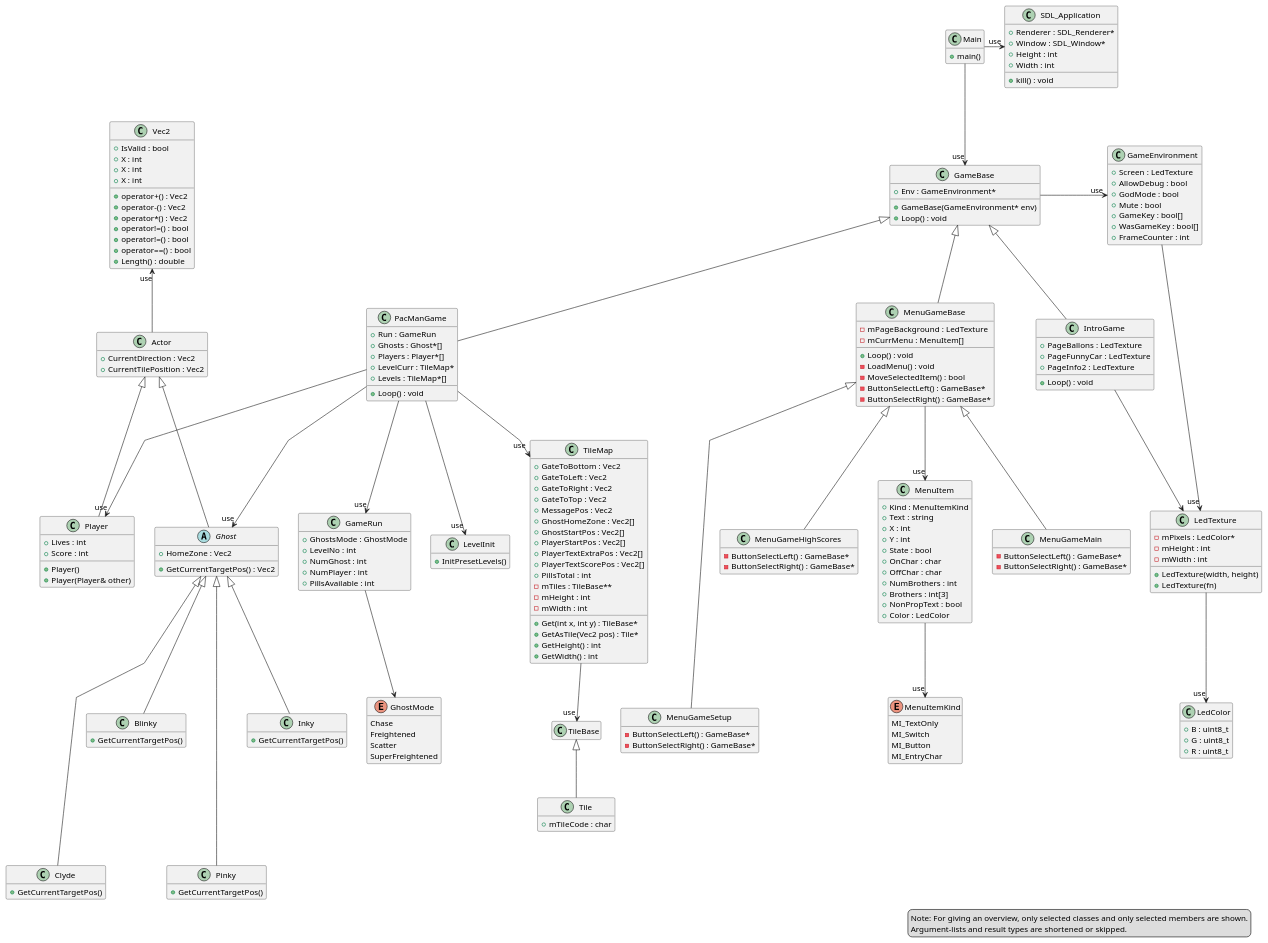
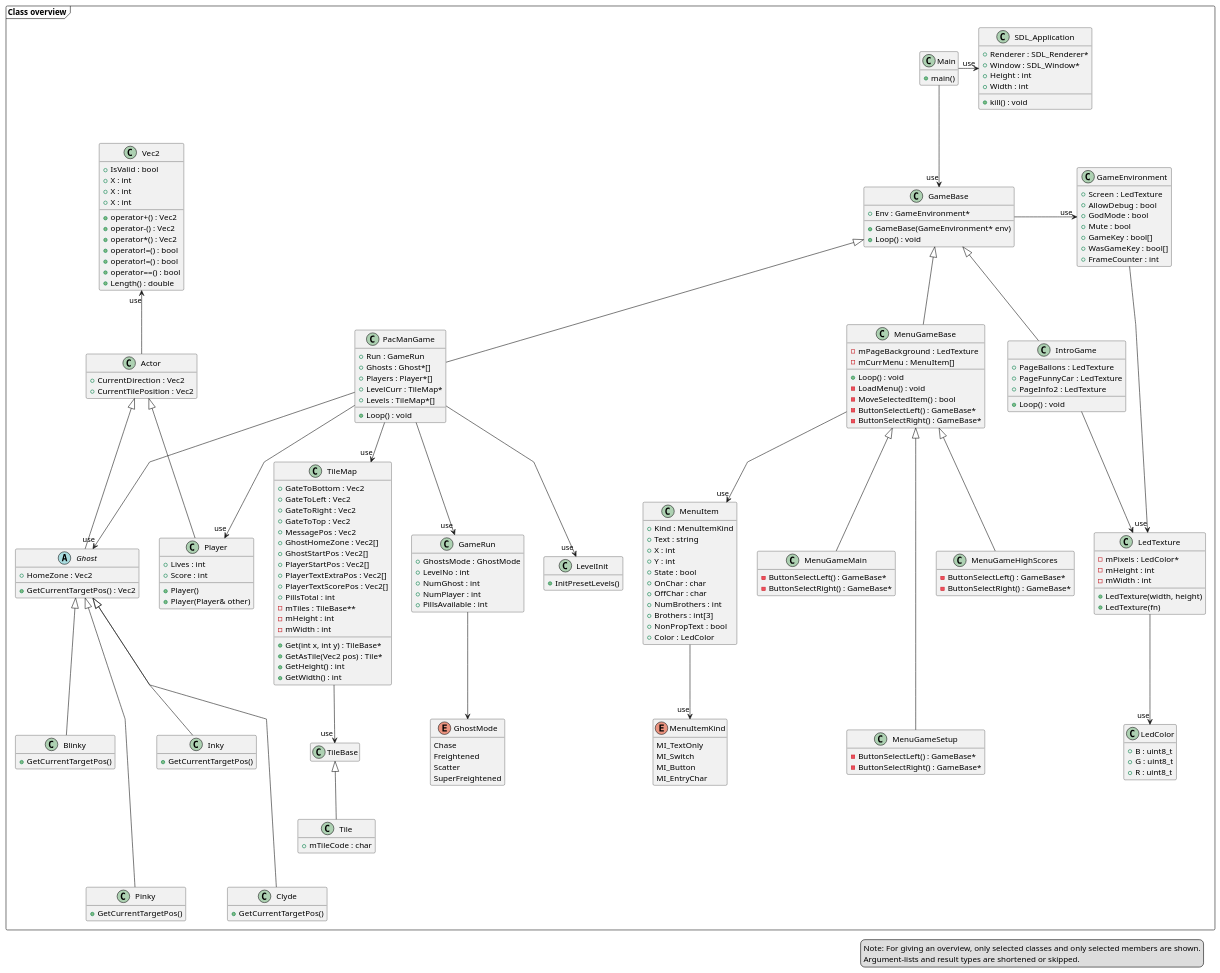
Before and after one commit to MichaelHoffmeisterFesto/led-pong: the diagram in UML/ClassOverview.puml, drawn with PlantUML. The commit also changed 6 other files, not shown here.

```diff
--- a/UML/ClassOverview.puml
+++ b/UML/ClassOverview.puml
@@ -1,268 +1,273 @@
-@startuml
+@startuml Class overview
 
 hide empty members
 skinparam linetype polyline
 
-class SDL_Application {
-	+Renderer : SDL_Renderer*
-	+Window : SDL_Window*
-	+Height : int
-	+Width : int
-	+kill() : void
+frame "Class overview" {
+
+	class SDL_Application {
+		+Renderer : SDL_Renderer*
+		+Window : SDL_Window*
+		+Height : int
+		+Width : int
+		+kill() : void
+	}
+
+	class Main {
+		+ main()
+	}
+
+	Main -right-> "use" SDL_Application
+
+	class GameEnvironment {
+		+Screen : LedTexture
+		+AllowDebug : bool
+		+GodMode : bool
+		+Mute : bool
+		+GameKey : bool[]
+		+WasGameKey : bool[]
+		+FrameCounter : int
+	}
+
+	' Main --> "use" GameEnvironment
+
+	class GameBase {
+		+GameBase(GameEnvironment* env)
+		+Env : GameEnvironment*
+		+Loop() : void
+	}
+
+	Main --> "use" GameBase
+
+	GameBase -right-> "use" GameEnvironment
+
+	enum GhostMode {
+		Chase
+		Freightened
+		Scatter
+		SuperFreightened
+	}
+
+	class GameRun {
+		+GhostsMode : GhostMode
+		+LevelNo : int
+		+NumGhost : int
+		+NumPlayer : int
+		+PillsAvailable : int
+	}
+
+	GameRun --> GhostMode
+
+	class LevelInit {
+		+InitPresetLevels()
+	}
+
+	class PacManGame {
+		+Run : GameRun
+		+Ghosts : Ghost*[]
+		+Players : Player*[]
+		+LevelCurr : TileMap*
+		+Levels : TileMap*[]
+		+Loop() : void
+	}
+
+	PacManGame --> "use" LevelInit
+
+	PacManGame --> "use" GameRun
+
+	PacManGame --> "use" Ghost
+
+	PacManGame --> "use" Player
+
+	PacManGame -up-|> GameBase
+
+	class IntroGame {
+		+PageBallons : LedTexture
+		+PageFunnyCar : LedTexture
+		+PageInfo2 : LedTexture
+		+Loop() : void
+	}
+
+	IntroGame -up-|> GameBase
+
+	IntroGame --> LedTexture
+
+	enum MenuItemKind {
+		MI_TextOnly
+		MI_Switch
+		MI_Button
+		MI_EntryChar
+	}
+
+	class MenuItem {
+		+Kind : MenuItemKind
+		+Text : string
+		+X : int
+		+Y : int
+		+State : bool
+		+OnChar : char
+		+OffChar : char
+		+NumBrothers : int
+		+Brothers : int[3]
+		+NonPropText : bool
+		+Color : LedColor
+	}
+
+	MenuItem --> "use" MenuItemKind
+
+	class MenuGameBase {
+		+Loop() : void
+		-mPageBackground : LedTexture
+		-mCurrMenu : MenuItem[]
+		-LoadMenu() : void
+		-MoveSelectedItem() : bool
+		-ButtonSelectLeft() : GameBase*
+		-ButtonSelectRight() : GameBase*
+	}
+
+	MenuGameBase --> "use" MenuItem
+
+	MenuGameBase -up-|> GameBase
+
+	class MenuGameMain {
+		-ButtonSelectLeft() : GameBase*
+		-ButtonSelectRight() : GameBase*
+	}
+
+	MenuGameMain -up-|> MenuGameBase
+
+	class MenuGameSetup {
+		-ButtonSelectLeft() : GameBase*
+		-ButtonSelectRight() : GameBase*
+	}
+
+	MenuGameSetup -up--|> MenuGameBase
+
+	class MenuGameHighScores {
+		-ButtonSelectLeft() : GameBase*
+		-ButtonSelectRight() : GameBase*
+	}
+
+	MenuGameHighScores -up-|> MenuGameBase
+
+	class Vec2 {
+		+operator+() : Vec2
+		+operator-() : Vec2
+		+operator*() : Vec2
+		+IsValid : bool
+		+operator!=() : bool
+		+operator!=() : bool
+		+operator==() : bool
+		+Length() : double
+		+X : int
+		+X : int
+		+X : int
+	}
+
+	class Actor {
+		+CurrentDirection : Vec2
+		+CurrentTilePosition : Vec2
+	}
+
+	Actor -up-> "use" Vec2
+
+	abstract class Ghost {
+		+HomeZone : Vec2
+		+GetCurrentTargetPos() : Vec2
+	}
+
+	Ghost -up-|> Actor
+
+	class Blinky {
+		+GetCurrentTargetPos()
+	}
+
+	class Pinky {
+		+GetCurrentTargetPos()
+	}
+
+	class Inky {
+		+GetCurrentTargetPos()
+	}
+
+	class Clyde {
+		+GetCurrentTargetPos()
+	}
+
+	Blinky -up-|> Ghost
+	Pinky --up--|> Ghost
+	Inky -up-|> Ghost
+	Clyde --up--|> Ghost
+
+	class Player {
+		+Player()
+		+Player(Player& other)
+		+Lives : int
+		+Score : int
+	}
+
+	Player -up-|> Actor
+
+	class TileMap {
+		+Get(int x, int y) : TileBase*
+		+GetAsTile(Vec2 pos) : Tile*
+		+GateToBottom : Vec2
+		+GateToLeft : Vec2
+		+GateToRight : Vec2
+		+GateToTop : Vec2
+		+MessagePos : Vec2
+		+GhostHomeZone : Vec2[]
+		+GhostStartPos : Vec2[]
+		+PlayerStartPos : Vec2[]
+		+PlayerTextExtraPos : Vec2[]
+		+PlayerTextScorePos : Vec2[]
+		+GetHeight() : int
+		+GetWidth() : int
+		+PillsTotal : int
+		-mTiles : TileBase**
+		-mHeight : int
+		-mWidth : int
+	}
+
+	' TileMap -up-> "use" Vec2
+
+	PacManGame --> "use" TileMap
+
+	class TileBase {
+	}
+
+	class Tile {
+		+mTileCode : char
+	}
+
+	Tile -up-|> TileBase
+
+	TileMap --> "use" TileBase
+
+	class LedColor {
+		+B : uint8_t
+		+G : uint8_t
+		+R : uint8_t
+	}
+
+	class LedTexture {
+		+LedTexture(width, height)
+		+LedTexture(fn)
+		-mPixels : LedColor*
+		-mHeight : int
+		-mWidth : int
+	}
+
+	LedTexture --> "use" LedColor
+
+	GameEnvironment --> "use" LedTexture
+
 }
-
-class Main {
-    + main()
-}
-
-Main -right-> "use" SDL_Application
-
-class GameEnvironment {
-	+Screen : LedTexture
-	+AllowDebug : bool
-	+GodMode : bool
-	+Mute : bool
-	+GameKey : bool[]
-	+WasGameKey : bool[]
-	+FrameCounter : int
-}
-
-' Main --> "use" GameEnvironment
-
-class GameBase {
-	+GameBase(GameEnvironment* env)
-	+Env : GameEnvironment*
-	+Loop() : void
-}
-
-Main --> "use" GameBase
-
-GameBase -right-> "use" GameEnvironment
-
-enum GhostMode {
-	Chase
-	Freightened
-	Scatter
-	SuperFreightened
-}
-
-class GameRun {
-	+GhostsMode : GhostMode
-	+LevelNo : int
-	+NumGhost : int
-	+NumPlayer : int
-	+PillsAvailable : int
-}
-
-GameRun --> GhostMode
-
-class LevelInit {
-	+InitPresetLevels()
-}
-
-class PacManGame {
-	+Run : GameRun
-	+Ghosts : Ghost*[]
-	+Players : Player*[]
-	+LevelCurr : TileMap*
-	+Levels : TileMap*[]
-	+Loop() : void
-}
-
-PacManGame --> "use" LevelInit
-
-PacManGame --> "use" GameRun
-
-PacManGame --> "use" Ghost
-
-PacManGame --> "use" Player
-
-PacManGame -up-|> GameBase
-
-class IntroGame {
-	+PageBallons : LedTexture
-	+PageFunnyCar : LedTexture
-	+PageInfo2 : LedTexture
-	+Loop() : void
-}
-
-IntroGame -up-|> GameBase
-
-IntroGame --> LedTexture
-
-enum MenuItemKind {
-	MI_TextOnly
-	MI_Switch
-	MI_Button
-	MI_EntryChar
-}
-
-class MenuItem {
-	+Kind : MenuItemKind
-	+Text : string
-	+X : int
-	+Y : int
-	+State : bool
-	+OnChar : char
-	+OffChar : char
-	+NumBrothers : int
-	+Brothers : int[3]
-	+NonPropText : bool
-	+Color : LedColor
-}
-
-MenuItem --> "use" MenuItemKind
-
-class MenuGameBase {
-	+Loop() : void
-	-mPageBackground : LedTexture
-	-mCurrMenu : MenuItem[]
-	-LoadMenu() : void
-	-MoveSelectedItem() : bool
-	-ButtonSelectLeft() : GameBase*
-	-ButtonSelectRight() : GameBase*
-}
-
-MenuGameBase --> "use" MenuItem
-
-MenuGameBase -up-|> GameBase
-
-class MenuGameMain {
-	-ButtonSelectLeft() : GameBase*
-	-ButtonSelectRight() : GameBase*
-}
-
-MenuGameMain -up-|> MenuGameBase
-
-class MenuGameSetup {
-	-ButtonSelectLeft() : GameBase*
-	-ButtonSelectRight() : GameBase*
-}
-
-MenuGameSetup -up--|> MenuGameBase
-
-class MenuGameHighScores {
-	-ButtonSelectLeft() : GameBase*
-	-ButtonSelectRight() : GameBase*
-}
-
-MenuGameHighScores -up-|> MenuGameBase
-
-class Vec2 {
-	+operator+() : Vec2
-	+operator-() : Vec2
-	+operator*() : Vec2
-	+IsValid : bool
-	+operator!=() : bool
-	+operator!=() : bool
-	+operator==() : bool
-	+Length() : double
-	+X : int
-	+X : int
-	+X : int
-}
-
-class Actor {
-	+CurrentDirection : Vec2
-	+CurrentTilePosition : Vec2
-}
-
-Actor -up-> "use" Vec2
-
-abstract class Ghost {
-	+HomeZone : Vec2
-	+GetCurrentTargetPos() : Vec2
-}
-
-Ghost -up-|> Actor
-
-class Blinky {
-	+GetCurrentTargetPos()
-}
-
-class Pinky {
-	+GetCurrentTargetPos()
-}
-
-class Inky {
-	+GetCurrentTargetPos()
-}
-
-class Clyde {
-	+GetCurrentTargetPos()
-}
-
-Blinky -up-|> Ghost
-Pinky --up--|> Ghost
-Inky -up-|> Ghost
-Clyde --up--|> Ghost
-
-class Player {
-	+Player()
-	+Player(Player& other)
-	+Lives : int
-	+Score : int
-}
-
-Player -up-|> Actor
-
-class TileMap {
-	+Get(int x, int y) : TileBase*
-	+GetAsTile(Vec2 pos) : Tile*
-	+GateToBottom : Vec2
-	+GateToLeft : Vec2
-	+GateToRight : Vec2
-	+GateToTop : Vec2
-	+MessagePos : Vec2
-	+GhostHomeZone : Vec2[]
-	+GhostStartPos : Vec2[]
-	+PlayerStartPos : Vec2[]
-	+PlayerTextExtraPos : Vec2[]
-	+PlayerTextScorePos : Vec2[]
-	+GetHeight() : int
-	+GetWidth() : int
-	+PillsTotal : int
-	-mTiles : TileBase**
-	-mHeight : int
-	-mWidth : int
-}
-
-' TileMap -up-> "use" Vec2
-
-PacManGame --> "use" TileMap
-
-class TileBase {
-}
-
-class Tile {
-	+mTileCode : char
-}
-
-Tile -up-|> TileBase
-
-TileMap --> "use" TileBase
-
-class LedColor {
-	+B : uint8_t
-	+G : uint8_t
-	+R : uint8_t
-}
-
-class LedTexture {
-	+LedTexture(width, height)
-	+LedTexture(fn)
-	-mPixels : LedColor*
-	-mHeight : int
-	-mWidth : int
-}
-
-LedTexture --> "use" LedColor
-
-GameEnvironment --> "use" LedTexture
 
 legend right
   Note: For giving an overview, only selected classes and only selected members are shown.
   Argument-lists and result types are shortened or skipped.
 endlegend
 
+
 @enduml
```
